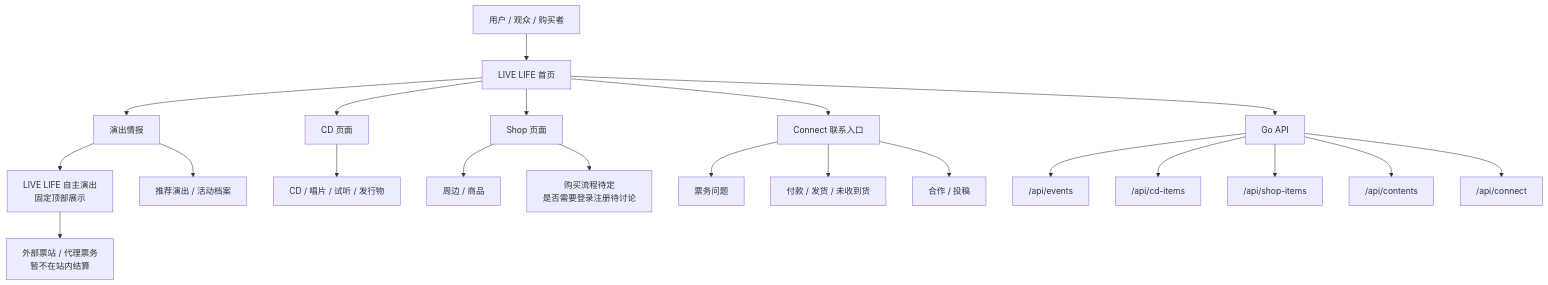
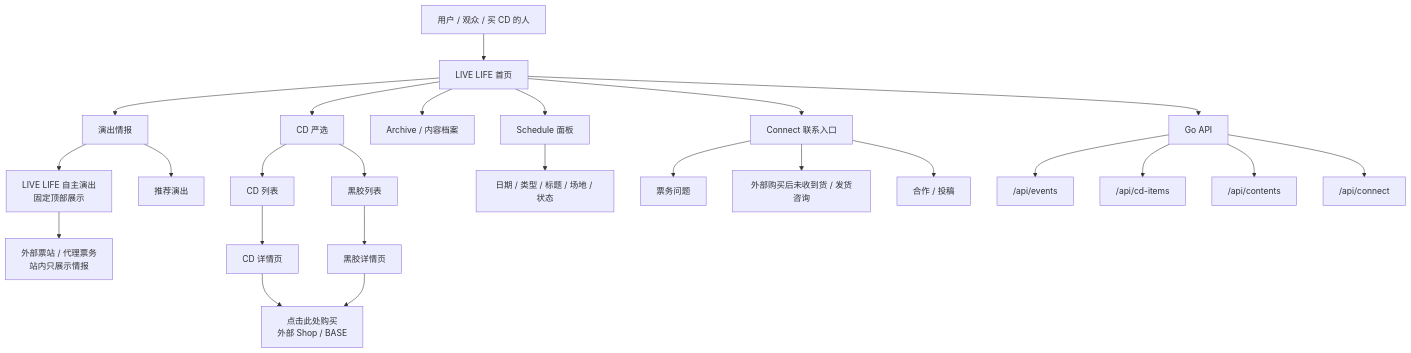
The first of 2 diagrams in docs/product-architecture-and-ui-approval.md (IchijikuJP/LIVE-LIFE), drawn with Mermaid before and after one commit. The commit also changed other lines of this file and 12 other files, not shown here.

Commit message:
调整 LIVE LIFE V2 信息架构与视觉

````diff
--- a/docs/product-architecture-and-ui-approval.md
+++ b/docs/product-architecture-and-ui-approval.md
@@ -17,28 +23,32 @@
 ```mermaid
 flowchart TD
-  User["用户 / 观众 / 购买者"] --> Home["LIVE LIFE 首页"]
+  User["用户 / 观众 / 买 CD 的人"] --> Home["LIVE LIFE 首页"]
 
   Home --> Shows["演出情报"]
-  Home --> CD["CD 页面"]
-  Home --> Shop["Shop 页面"]
+  Home --> CuratedCD["CD 严选"]
+  Home --> Archive["Archive / 内容档案"]
   Home --> Connect["Connect 联系入口"]
+  Home --> Schedule["Schedule 面板"]
 
   Shows --> OwnShows["LIVE LIFE 自主演出<br/>固定顶部展示"]
-  Shows --> RecommendedShows["推荐演出 / 活动档案"]
-  OwnShows --> TicketAgency["外部票站 / 代理票务<br/>暂不在站内结算"]
+  Shows --> RecommendedShows["推荐演出"]
+  OwnShows --> TicketAgency["外部票站 / 代理票务<br/>站内只展示情报"]
 
-  CD --> Releases["CD / 唱片 / 试听 / 发行物"]
-  Shop --> Merch["周边 / 商品"]
-  Shop --> CheckoutDecision["购买流程待定<br/>是否需要登录注册待讨论"]
+  CuratedCD --> CDList["CD 列表"]
+  CuratedCD --> VinylList["黑胶列表"]
+  CDList --> CDDetail["CD 详情页"]
+  VinylList --> VinylDetail["黑胶详情页"]
+  CDDetail --> ExternalShop["点击此处购买<br/>外部 Shop / BASE"]
+  VinylDetail --> ExternalShop
 
+  Schedule --> ScheduleItem["日期 / 类型 / 标题 / 场地 / 状态"]
   Connect --> TicketSupport["票务问题"]
-  Connect --> OrderSupport["付款 / 发货 / 未收到货"]
+  Connect --> OrderSupport["外部购买后未收到货 / 发货咨询"]
   Connect --> Collab["合作 / 投稿"]
 
   Home --> API["Go API"]
   API --> EventsAPI["/api/events"]
   API --> CDAPI["/api/cd-items"]
-  API --> ShopAPI["/api/shop-items"]
   API --> ContentsAPI["/api/contents"]
   API --> ConnectAPI["/api/connect"]
 ```
````
